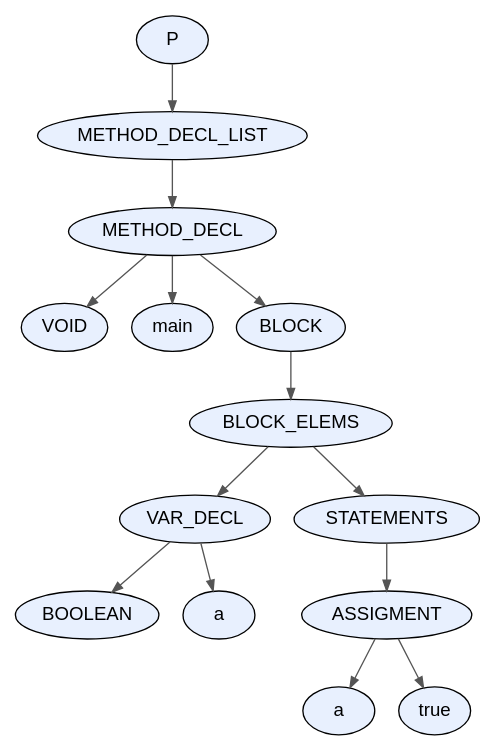
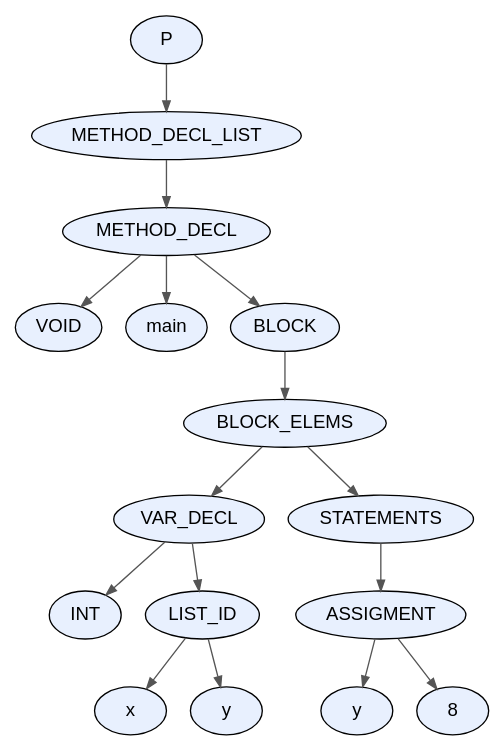
Before and after one commit to facundo-dario-loser/TDS2026: the diagram in proyecto/dot_files/test7.dot, drawn with Graphviz. The commit also changed 53 other files, not shown here.

```diff
--- a/proyecto/dot_files/test7.dot
+++ b/proyecto/dot_files/test7.dot
@@ -1,31 +1,35 @@
 digraph AST {
   node [fontname="Arial"];
   edge [arrowsize=0.8, color="#555555"];
-  "node_0x561d776b0b40" [label="P", style=filled, fillcolor="#E8F0FE", shape=ellipse, style="rounded,filled"];
-  "node_0x561d776b0b40" -> "node_0x561d776b0af0";
-  "node_0x561d776b0af0" [label="METHOD_DECL_LIST", style=filled, fillcolor="#E8F0FE", shape=ellipse, style="rounded,filled"];
-  "node_0x561d776b0af0" -> "node_0x561d776b0aa0";
-  "node_0x561d776b0aa0" [label="METHOD_DECL", style=filled, fillcolor="#E8F0FE", shape=ellipse, style="rounded,filled"];
-  "node_0x561d776b0aa0" -> "node_0x561d776b09e0";
-  "node_0x561d776b09e0" [label="VOID", style=filled, fillcolor="#E8F0FE", shape=ellipse, style="rounded,filled"];
-  "node_0x561d776b0aa0" -> "node_0x561d776b0a30";
-  "node_0x561d776b0a30" [label="main", style=filled, fillcolor="#E8F0FE", shape=ellipse, style="rounded,filled"];
-  "node_0x561d776b0aa0" -> "node_0x561d776b0990";
-  "node_0x561d776b0990" [label="BLOCK", style=filled, fillcolor="#E8F0FE", shape=ellipse, style="rounded,filled"];
-  "node_0x561d776b0990" -> "node_0x561d776b0940";
-  "node_0x561d776b0940" [label="BLOCK_ELEMS", style=filled, fillcolor="#E8F0FE", shape=ellipse, style="rounded,filled"];
-  "node_0x561d776b0940" -> "node_0x561d776b0630";
-  "node_0x561d776b0630" [label="VAR_DECL", style=filled, fillcolor="#E8F0FE", shape=ellipse, style="rounded,filled"];
-  "node_0x561d776b0630" -> "node_0x561d776b0550";
-  "node_0x561d776b0550" [label="BOOLEAN", style=filled, fillcolor="#E8F0FE", shape=ellipse, style="rounded,filled"];
-  "node_0x561d776b0630" -> "node_0x561d776b05c0";
-  "node_0x561d776b05c0" [label="a", style=filled, fillcolor="#E8F0FE", shape=ellipse, style="rounded,filled"];
-  "node_0x561d776b0940" -> "node_0x561d776b08f0";
-  "node_0x561d776b08f0" [label="STATEMENTS", style=filled, fillcolor="#E8F0FE", shape=ellipse, style="rounded,filled"];
-  "node_0x561d776b08f0" -> "node_0x561d776b08a0";
-  "node_0x561d776b08a0" [label="ASSIGMENT", style=filled, fillcolor="#E8F0FE", shape=ellipse, style="rounded,filled"];
-  "node_0x561d776b08a0" -> "node_0x561d776b0830";
-  "node_0x561d776b0830" [label="a", style=filled, fillcolor="#E8F0FE", shape=ellipse, style="rounded,filled"];
-  "node_0x561d776b08a0" -> "node_0x561d776b06f0";
-  "node_0x561d776b06f0" [label="true", style=filled, fillcolor="#E8F0FE", shape=ellipse, style="rounded,filled"];
+  "node_0x5c9c8cf4ae80" [label="P", style=filled, fillcolor="#E8F0FE", shape=ellipse, style="rounded,filled"];
+  "node_0x5c9c8cf4ae80" -> "node_0x5c9c8cf4ae30";
+  "node_0x5c9c8cf4ae30" [label="METHOD_DECL_LIST", style=filled, fillcolor="#E8F0FE", shape=ellipse, style="rounded,filled"];
+  "node_0x5c9c8cf4ae30" -> "node_0x5c9c8cf4ade0";
+  "node_0x5c9c8cf4ade0" [label="METHOD_DECL", style=filled, fillcolor="#E8F0FE", shape=ellipse, style="rounded,filled"];
+  "node_0x5c9c8cf4ade0" -> "node_0x5c9c8cf4ad20";
+  "node_0x5c9c8cf4ad20" [label="VOID", style=filled, fillcolor="#E8F0FE", shape=ellipse, style="rounded,filled"];
+  "node_0x5c9c8cf4ade0" -> "node_0x5c9c8cf4ad70";
+  "node_0x5c9c8cf4ad70" [label="main", style=filled, fillcolor="#E8F0FE", shape=ellipse, style="rounded,filled"];
+  "node_0x5c9c8cf4ade0" -> "node_0x5c9c8cf4acd0";
+  "node_0x5c9c8cf4acd0" [label="BLOCK", style=filled, fillcolor="#E8F0FE", shape=ellipse, style="rounded,filled"];
+  "node_0x5c9c8cf4acd0" -> "node_0x5c9c8cf4ac80";
+  "node_0x5c9c8cf4ac80" [label="BLOCK_ELEMS", style=filled, fillcolor="#E8F0FE", shape=ellipse, style="rounded,filled"];
+  "node_0x5c9c8cf4ac80" -> "node_0x5c9c8cf4a710";
+  "node_0x5c9c8cf4a710" [label="VAR_DECL", style=filled, fillcolor="#E8F0FE", shape=ellipse, style="rounded,filled"];
+  "node_0x5c9c8cf4a710" -> "node_0x5c9c8cf4a550";
+  "node_0x5c9c8cf4a550" [label="INT", style=filled, fillcolor="#E8F0FE", shape=ellipse, style="rounded,filled"];
+  "node_0x5c9c8cf4a710" -> "node_0x5c9c8cf4a6c0";
+  "node_0x5c9c8cf4a6c0" [label="LIST_ID", style=filled, fillcolor="#E8F0FE", shape=ellipse, style="rounded,filled"];
+  "node_0x5c9c8cf4a6c0" -> "node_0x5c9c8cf4a650";
+  "node_0x5c9c8cf4a650" [label="x", style=filled, fillcolor="#E8F0FE", shape=ellipse, style="rounded,filled"];
+  "node_0x5c9c8cf4a6c0" -> "node_0x5c9c8cf4a5e0";
+  "node_0x5c9c8cf4a5e0" [label="y", style=filled, fillcolor="#E8F0FE", shape=ellipse, style="rounded,filled"];
+  "node_0x5c9c8cf4ac80" -> "node_0x5c9c8cf4abe0";
+  "node_0x5c9c8cf4abe0" [label="STATEMENTS", style=filled, fillcolor="#E8F0FE", shape=ellipse, style="rounded,filled"];
+  "node_0x5c9c8cf4abe0" -> "node_0x5c9c8cf4ab90";
+  "node_0x5c9c8cf4ab90" [label="ASSIGMENT", style=filled, fillcolor="#E8F0FE", shape=ellipse, style="rounded,filled"];
+  "node_0x5c9c8cf4ab90" -> "node_0x5c9c8cf4ab20";
+  "node_0x5c9c8cf4ab20" [label="y", style=filled, fillcolor="#E8F0FE", shape=ellipse, style="rounded,filled"];
+  "node_0x5c9c8cf4ab90" -> "node_0x5c9c8cf4aad0";
+  "node_0x5c9c8cf4aad0" [label="8", style=filled, fillcolor="#E8F0FE", shape=ellipse, style="rounded,filled"];
 }
```
